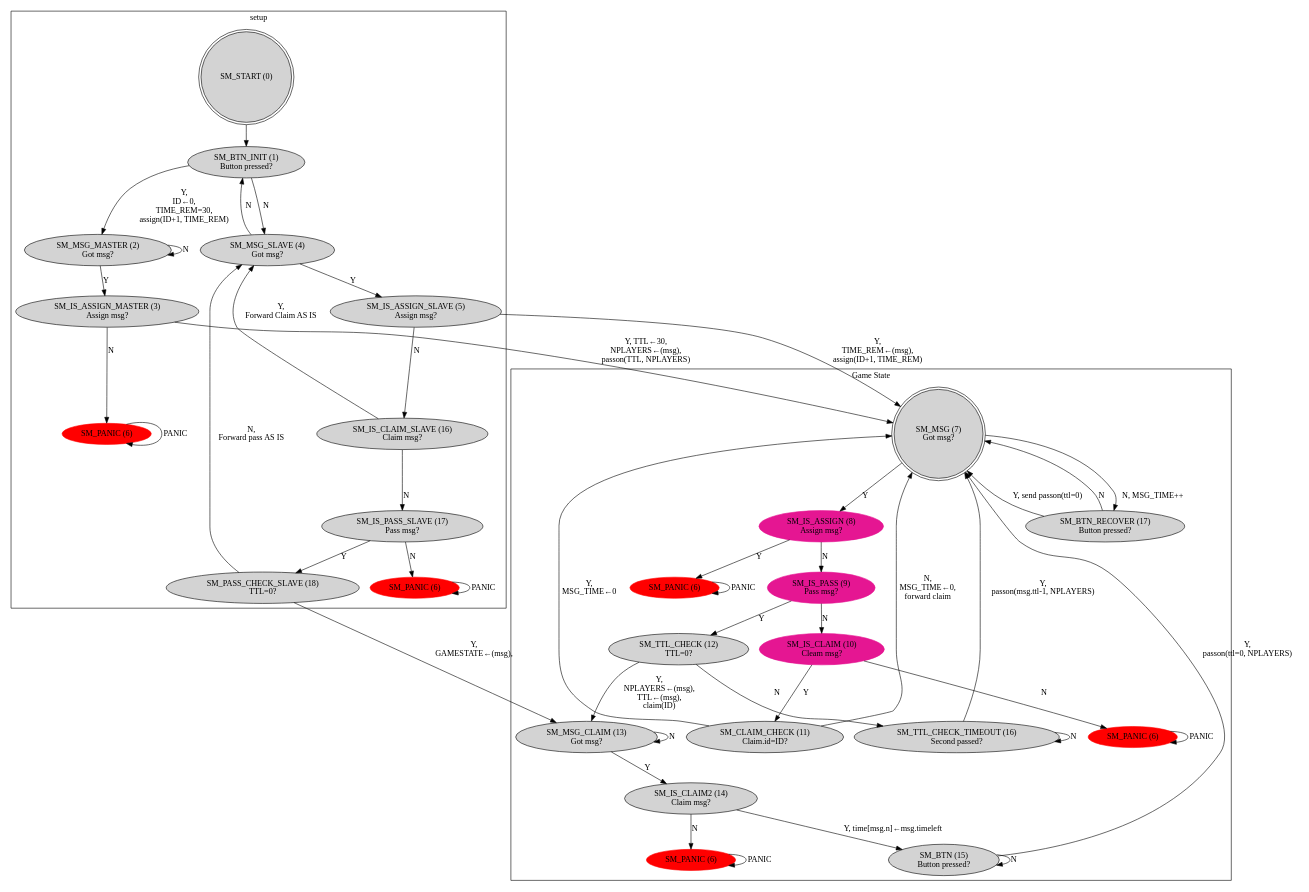
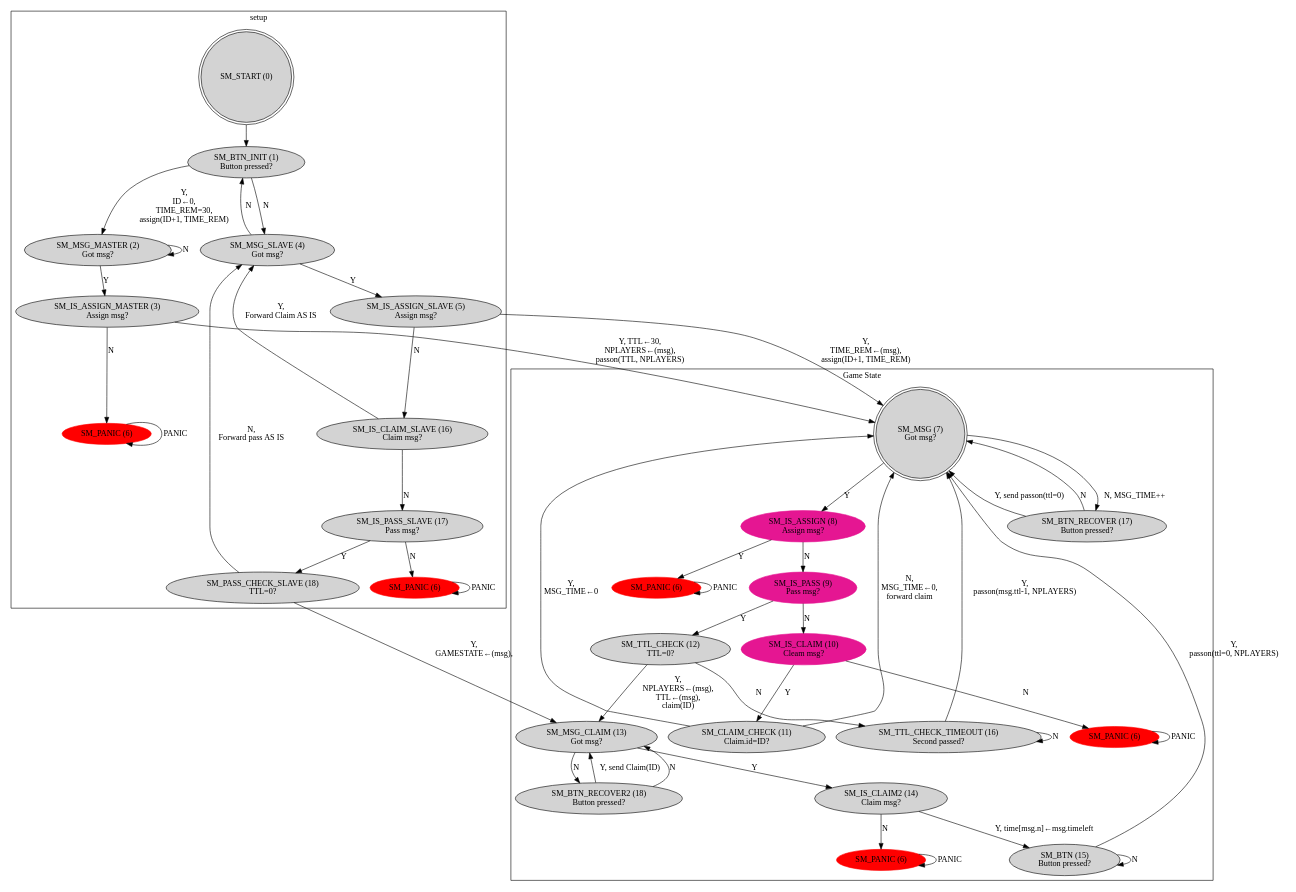
The diagram in docs/statemachine.dot (wutje/stc_nway_chessclock), drawn with Graphviz before and after one commit. The commit also changed 1 other file, not shown here.

Commit message:
Also allow waiting node to resend CLAIM

```diff
--- a/docs/statemachine.dot
+++ b/docs/statemachine.dot
@@ -1,92 +1,97 @@
 digraph G {
     graph [layout = dot]
 
     subgraph cluster_0 {
         label = "setup";
         node [style = filled];
         SM_START [label = "SM_START (0)", shape=doublecircle];
         SM_BTN_INIT [label = "SM_BTN_INIT (1)\nButton pressed?"];
         SM_MSG_MASTER [label = "SM_MSG_MASTER (2)\nGot msg?"];
         SM_IS_ASSIGN_MASTER [label = "SM_IS_ASSIGN_MASTER (3)\nAssign msg?"];
         SM_MSG_SLAVE [label = "SM_MSG_SLAVE (4)\nGot msg?"];
         SM_IS_ASSIGN_SLAVE [label = "SM_IS_ASSIGN_SLAVE (5)\nAssign msg?"];
         SM_IS_CLAIM_SLAVE [label = "SM_IS_CLAIM_SLAVE (16)\nClaim msg?"];
         SM_IS_PASS_SLAVE [label = "SM_IS_PASS_SLAVE (17)\nPass msg?"];
         SM_PASS_CHECK_SLAVE [label = "SM_PASS_CHECK_SLAVE (18)\nTTL=0?"];
 
         SM_PANIC1 [label = "SM_PANIC (6)", style = filled, color = red];
         SM_PANIC2 [label = "SM_PANIC (6)", style = filled, color = red];
     }
 
     subgraph cluster_1 {
         label = "Game State";
         node [style = filled];
 
         SM_MSG [label = "SM_MSG (7)\nGot msg?", shape=doublecircle];
 
         SM_IS_ASSIGN [color = ".9, .9, .9", label = "SM_IS_ASSIGN (8)\nAssign msg?"];
         SM_IS_PASS [color =  ".9, .9, .9", label = "SM_IS_PASS (9)\nPass msg?"];
         SM_IS_CLAIM [color =   ".9, .9, .9", label = "SM_IS_CLAIM (10)\nCleam msg?"];
 
         SM_CLAIM_CHECK [label = "SM_CLAIM_CHECK (11)\nClaim.id=ID?"];
         SM_TTL_CHECK [label = "SM_TTL_CHECK (12)\nTTL=0?"];
         SM_MSG_CLAIM [label = "SM_MSG_CLAIM (13)\nGot msg?"];
         SM_IS_CLAIM2 [label = "SM_IS_CLAIM2 (14)\nClaim msg?"];
         SM_BTN [label = "SM_BTN (15)\nButton pressed?"];
         SM_TTL_CHECK_TIMEOUT [label = "SM_TTL_CHECK_TIMEOUT (16)\nSecond passed?"];
         SM_BTN_RECOVER [label = "SM_BTN_RECOVER (17)\nButton pressed?"];
+        SM_BTN_RECOVER2 [label = "SM_BTN_RECOVER2 (18)\nButton pressed?"];
 
         SM_PANIC3 [label = "SM_PANIC (6)", style = filled, color = red];
         SM_PANIC4 [label = "SM_PANIC (6)", style = filled, color = red];
         SM_PANIC5 [label = "SM_PANIC (6)", style = filled, color = red];
     }
 
     // SETUP
     SM_START -> SM_BTN_INIT;
     SM_BTN_INIT -> SM_MSG_MASTER [label = "Y,\nID←0,\nTIME_REM=30,\nassign(ID+1, TIME_REM)"];
     SM_BTN_INIT -> SM_MSG_SLAVE [label = "N"];
     SM_MSG_MASTER -> SM_IS_ASSIGN_MASTER [label = "Y"];
     SM_MSG_MASTER -> SM_MSG_MASTER [label = "N"];
     SM_IS_ASSIGN_MASTER -> SM_MSG [label = "Y, TTL←30,\nNPLAYERS←(msg),\npasson(TTL, NPLAYERS)"];
     SM_IS_ASSIGN_MASTER -> SM_PANIC1 [label = "N"];
     SM_MSG_SLAVE -> SM_IS_ASSIGN_SLAVE [label = "Y"];
     SM_MSG_SLAVE -> SM_BTN_INIT [label = "N"];
     SM_IS_ASSIGN_SLAVE -> SM_MSG [label = "Y,\nTIME_REM←(msg),\nassign(ID+1, TIME_REM)"];
     SM_IS_ASSIGN_SLAVE -> SM_IS_CLAIM_SLAVE [label = "N"];
     SM_IS_CLAIM_SLAVE -> SM_MSG_SLAVE [label = "Y,\nForward Claim AS IS"];
     SM_IS_CLAIM_SLAVE -> SM_IS_PASS_SLAVE [label = "N"];
     SM_IS_PASS_SLAVE -> SM_PASS_CHECK_SLAVE [label = "Y"];
     SM_IS_PASS_SLAVE -> SM_PANIC2 [label = "N"];
     SM_PASS_CHECK_SLAVE -> SM_MSG_CLAIM [label = "Y,\nGAMESTATE←(msg),\n"];
     SM_PASS_CHECK_SLAVE -> SM_MSG_SLAVE [label = "N,\nForward pass AS IS"];
 
     SM_PANIC1 -> SM_PANIC1 [label = "PANIC"];
     SM_PANIC2 -> SM_PANIC2 [label = "PANIC"];
     SM_PANIC3 -> SM_PANIC3 [label = "PANIC"];
     SM_PANIC4 -> SM_PANIC4 [label = "PANIC"];
     SM_PANIC5 -> SM_PANIC5 [label = "PANIC"];
 
     // REGULAR GAME
     SM_MSG -> SM_IS_ASSIGN [label = "Y"];
     SM_MSG -> SM_BTN_RECOVER [label = "N, MSG_TIME++"];
     SM_BTN_RECOVER -> SM_MSG [label = "Y, send passon(ttl=0)"];
     SM_BTN_RECOVER -> SM_MSG [label = "N"];
     SM_IS_ASSIGN -> SM_PANIC3 [label = "Y"];
     SM_IS_ASSIGN -> SM_IS_PASS [label = "N"];
     SM_IS_PASS -> SM_TTL_CHECK [label = "Y"];
     SM_IS_PASS -> SM_IS_CLAIM [label = "N"];
     SM_IS_CLAIM -> SM_CLAIM_CHECK [label = "Y"];
     SM_IS_CLAIM -> SM_PANIC4 [label = "N"];
     SM_CLAIM_CHECK -> SM_MSG [label = "Y,\nMSG_TIME←0"];
     SM_CLAIM_CHECK -> SM_MSG [label = "N,\nMSG_TIME←0,\nforward claim"];
     SM_TTL_CHECK -> SM_MSG_CLAIM [label = "Y,\nNPLAYERS←(msg),\nTTL←(msg),\nclaim(ID)"];
     SM_TTL_CHECK -> SM_TTL_CHECK_TIMEOUT [label = "N"];
     SM_TTL_CHECK_TIMEOUT -> SM_MSG [label = "Y,\npasson(msg.ttl-1, NPLAYERS)"];
     SM_TTL_CHECK_TIMEOUT -> SM_TTL_CHECK_TIMEOUT [label = "N"];
     SM_MSG_CLAIM -> SM_IS_CLAIM2 [label = "Y"];
-    SM_MSG_CLAIM -> SM_MSG_CLAIM [label = "N"];
+    SM_MSG_CLAIM -> SM_BTN_RECOVER2 [label = "N"];
+
+    SM_BTN_RECOVER2 -> SM_MSG_CLAIM [label = "Y, send Claim(ID)"];
+    SM_BTN_RECOVER2 -> SM_MSG_CLAIM [label = "N"];
+
     SM_IS_CLAIM2 -> SM_BTN [label = "Y, time[msg.n]←msg.timeleft"];
     SM_IS_CLAIM2 -> SM_PANIC5 [label = "N"];
     SM_BTN -> SM_MSG [label = "Y,\npasson(ttl=0, NPLAYERS)"];
     SM_BTN -> SM_BTN [label = "N"];
 }
```
